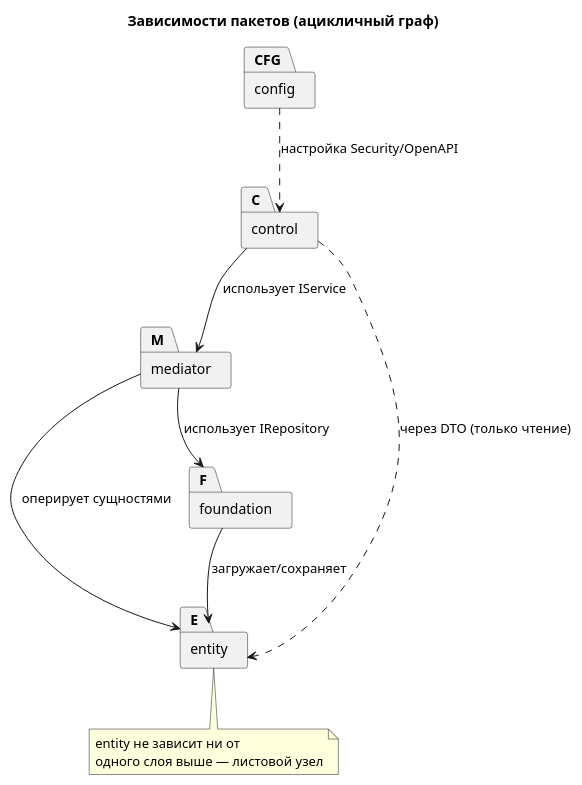
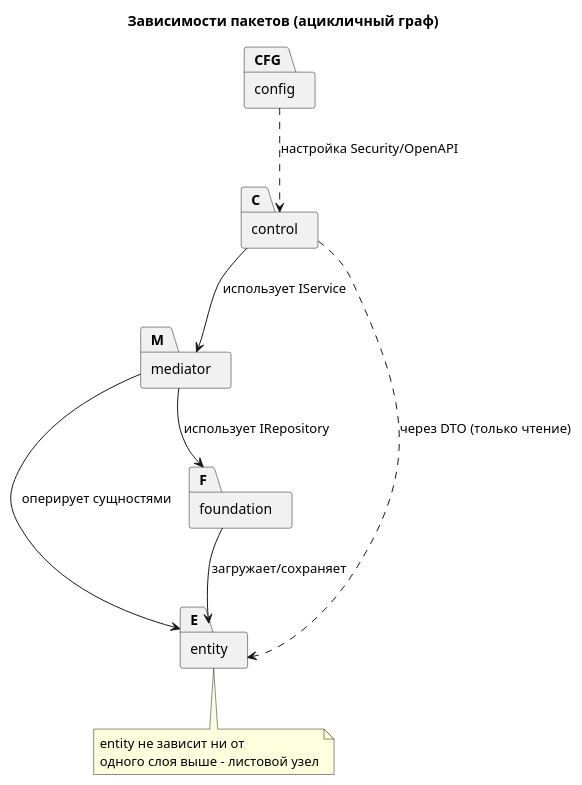
The diagram in docs/02-architecture/04-dependency-diagram.md (Loney77/LANG_GAME), drawn with PlantUML before and after one commit. The commit also changed other lines of this file and 79 other files, not shown here.

````diff
--- a/docs/02-architecture/04-dependency-diagram.md
+++ b/docs/02-architecture/04-dependency-diagram.md
@@ -6,23 +6,23 @@
 ```plantuml
 @startuml
 title Зависимости пакетов (ацикличный граф)
 
 package "control" as C
 package "mediator" as M
 package "entity" as E
 package "foundation" as F
 package "config" as CFG
 
 C --> M : использует IService
 M --> F : использует IRepository
 M --> E : оперирует сущностями
 F --> E : загружает/сохраняет
 C ..> E : через DTO (только чтение)
 CFG ..> C : настройка Security/OpenAPI
 
 note bottom of E
   entity не зависит ни от
-  одного слоя выше — листовой узел
+  одного слоя выше - листовой узел
 end note
 @enduml
 ```
````
